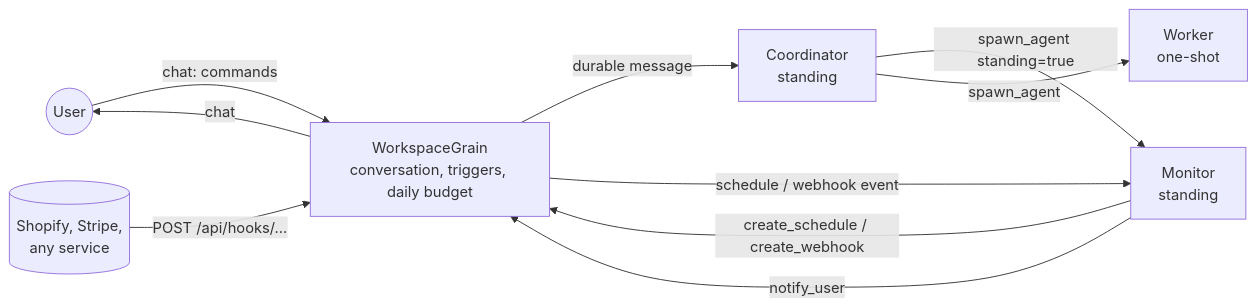
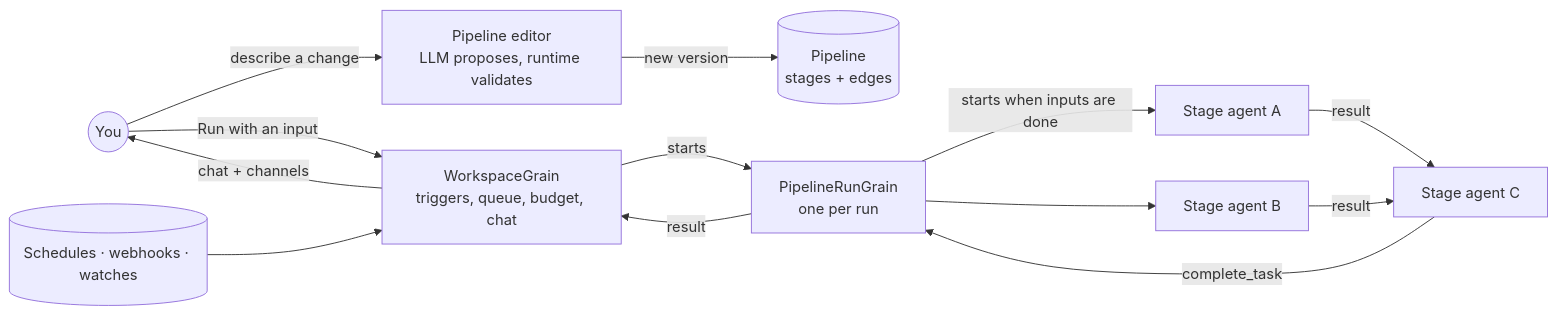
One commit to kaypee90/aktor-agents changed the diagram in docs/workspaces.md. Above: the diagram before and after it, drawn with Mermaid. The commit also changed other lines of this file and 97 other files, not shown here.

````diff
--- a/docs/workspaces.md
+++ b/docs/workspaces.md
@@ -8,12 +9,15 @@
 ```mermaid
 flowchart LR
-    User((User)) -- "chat: commands" --> WS[WorkspaceGrain<br/>conversation, triggers, daily budget]
-    WS -- "durable message" --> Coord[Coordinator<br/>standing]
-    Coord -- "spawn_agent standing=true" --> Mon[Monitor<br/>standing]
-    Coord -- "spawn_agent" --> Worker[Worker<br/>one-shot]
-    Mon -- "create_schedule / create_webhook" --> WS
-    Shopify[(Shopify, Stripe,<br/>any service)] -- "POST /api/hooks/..." --> WS
-    WS -- "schedule / webhook event" --> Mon
-    Mon -- "notify_user" --> WS
-    WS -- "chat" --> User
+    You((You)) -- "describe a change" --> Editor[Pipeline editor<br/>LLM proposes, runtime validates]
+    Editor -- "new version" --> P[(Pipeline<br/>stages + edges)]
+    You -- "Run with an input" --> WS[WorkspaceGrain<br/>triggers, queue, budget, chat]
+    Hooks[(Schedules · webhooks · watches)] --> WS
+    WS -- "starts" --> Run[PipelineRunGrain<br/>one per run]
+    Run -- "starts when inputs are done" --> A[Stage agent A]
+    Run --> B[Stage agent B]
+    A -- "result" --> C[Stage agent C]
+    B -- "result" --> C
+    C -- "complete_task" --> Run
+    Run -- "result" --> WS
+    WS -- "chat + channels" --> You
 ```
````
